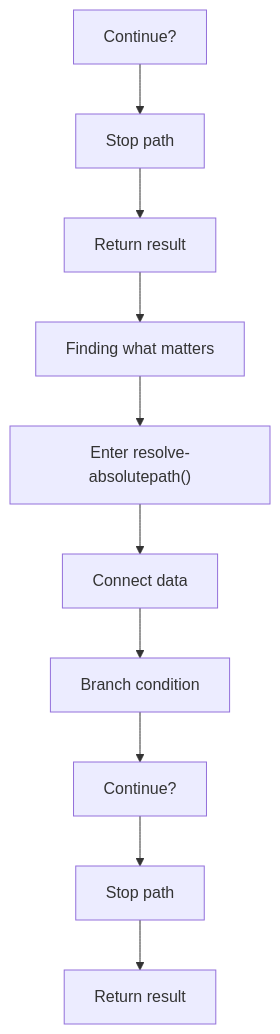
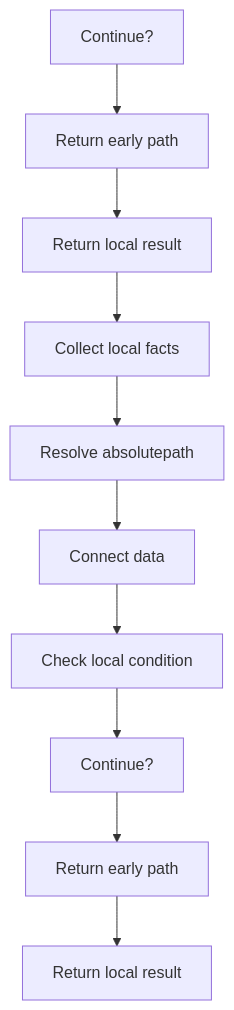
The fourth of 6 diagrams in docs/Codebase/Infrastructure/session-orchestration/bootstrap_and_deploy/bootstrap_and_deploy_program_flow_02.ps1.md (JohnAndrewBalbarosa/NeoTerritory), drawn with Mermaid before and after one commit. The commit also changed other lines of this file and 915 other files, not shown here.

````diff
--- a/docs/Codebase/Infrastructure/session-orchestration/bootstrap_and_deploy/bootstrap_and_deploy_program_flow_02.ps1.md
+++ b/docs/Codebase/Infrastructure/session-orchestration/bootstrap_and_deploy/bootstrap_and_deploy_program_flow_02.ps1.md
@@ -79,22 +79,22 @@
 ```mermaid
 flowchart TD
     N0["Continue?"]
-    N1["Stop path"]
-    N2["Return result"]
-    N3["Finding what matters"]
-    N4["Enter resolve-absolutepath()"]
+    N1["Return early path"]
+    N2["Return local result"]
+    N3["Collect local facts"]
+    N4["Resolve absolutepath"]
     N5["Connect data"]
-    N6["Branch condition"]
+    N6["Check local condition"]
     N7["Continue?"]
-    N8["Stop path"]
-    N9["Return result"]
+    N8["Return early path"]
+    N9["Return local result"]
     N0 --> N1
     N1 --> N2
     N2 --> N3
     N3 --> N4
     N4 --> N5
     N5 --> N6
     N6 --> N7
     N7 --> N8
     N8 --> N9
 ```
````
